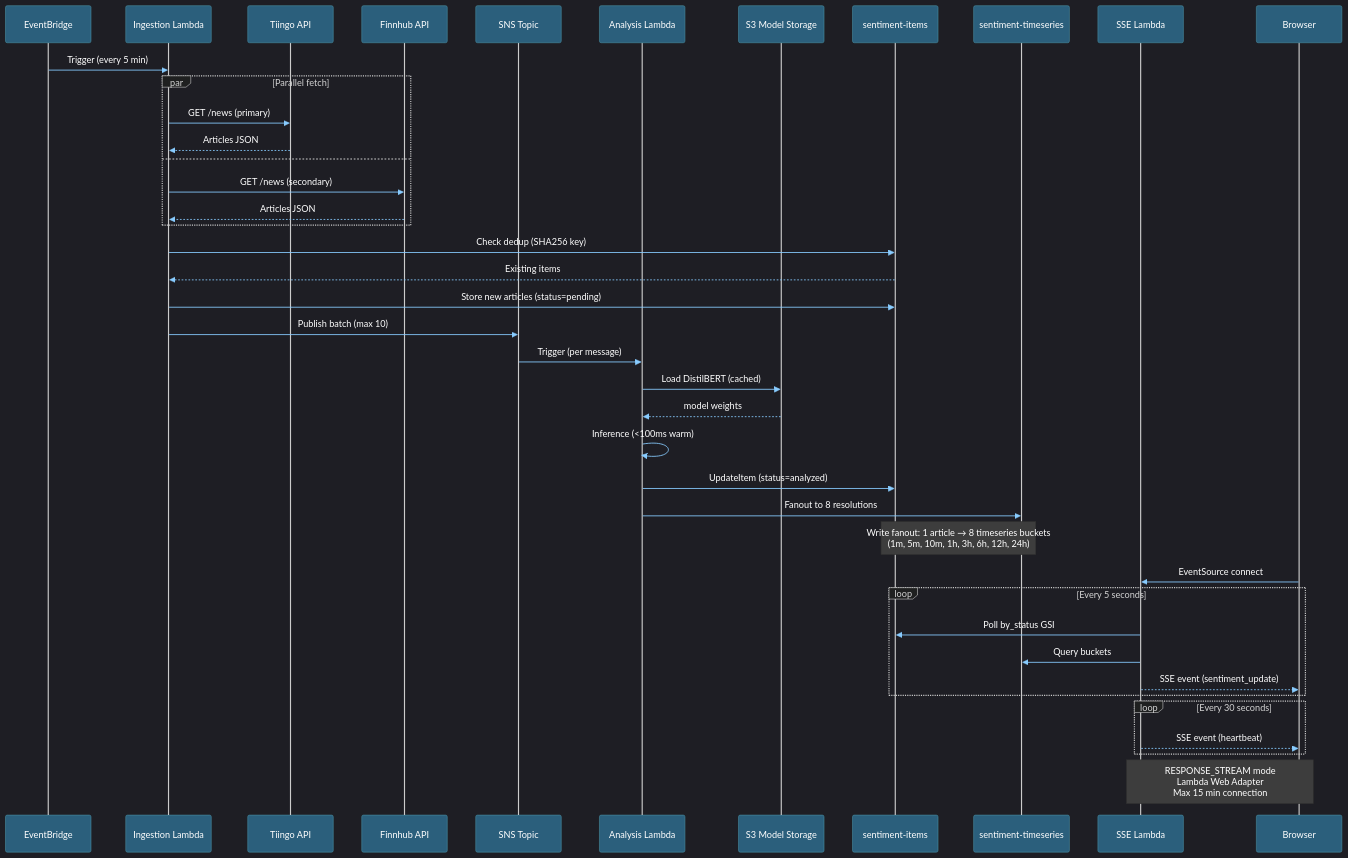
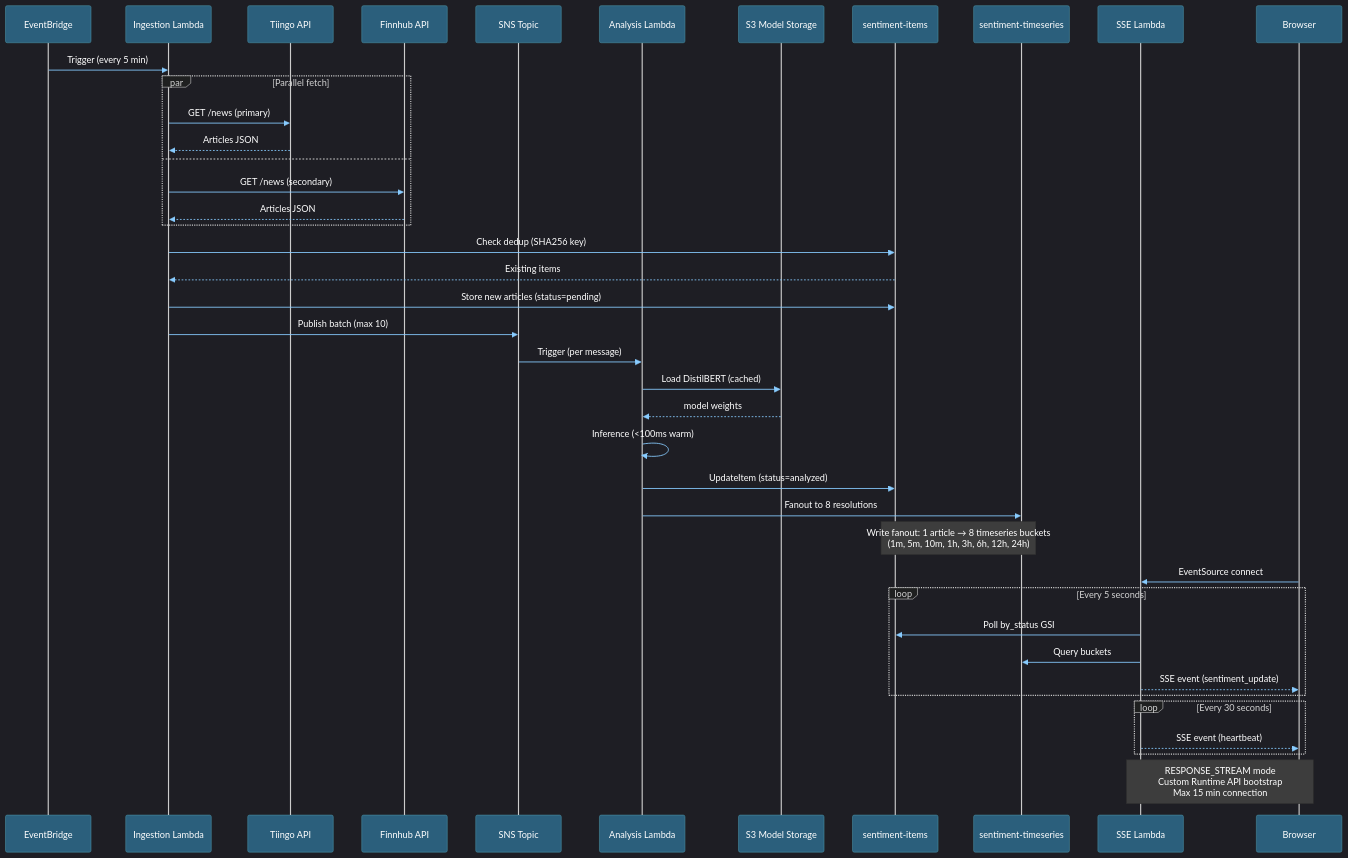
One commit to traylorre/sentiment-analyzer-gsk changed the fourth of 5 diagrams in README.md. Above: the diagram before and after it, drawn with Mermaid. The commit also changed other lines of this file and 354 other files, not shown here.

````diff
--- a/README.md
+++ b/README.md
@@ -378,54 +378,54 @@
 ```mermaid
 %%{init: {"theme": "dark", "themeVariables": {"primaryColor": "#4A90A4", "lineColor": "#88CCFF", "primaryTextColor": "#FFFFFF", "actorTextColor": "#FFFFFF", "actorBkg": "#2B5F7C", "actorBorder": "#4A90A4", "signalColor": "#88CCFF", "signalTextColor": "#FFFFFF", "noteBkgColor": "#3D3D3D", "noteTextColor": "#FFFFFF", "activationBkgColor": "#2d2d2d"}}}%%
 sequenceDiagram
     participant EB as EventBridge
     participant Ing as Ingestion Lambda
     participant Tiingo as Tiingo API
     participant Finnhub as Finnhub API
     participant SNS as SNS Topic
     participant Ana as Analysis Lambda
     participant S3 as S3 Model Storage
     participant Items as sentiment-items
     participant TS as sentiment-timeseries
     participant SSE as SSE Lambda
     participant User as Browser
 
     EB->>Ing: Trigger (every 5 min)
 
     par Parallel fetch
         Ing->>Tiingo: GET /news (primary)
         Tiingo-->>Ing: Articles JSON
     and
         Ing->>Finnhub: GET /news (secondary)
         Finnhub-->>Ing: Articles JSON
     end
 
     Ing->>Items: Check dedup (SHA256 key)
     Items-->>Ing: Existing items
 
     Ing->>Items: Store new articles (status=pending)
     Ing->>SNS: Publish batch (max 10)
 
     SNS->>Ana: Trigger (per message)
     Ana->>S3: Load DistilBERT (cached)
     S3-->>Ana: model weights
     Ana->>Ana: Inference (<100ms warm)
     Ana->>Items: UpdateItem (status=analyzed)
     Ana->>TS: Fanout to 8 resolutions
 
     Note over Items,TS: Write fanout: 1 article → 8 timeseries buckets<br/>(1m, 5m, 10m, 1h, 3h, 6h, 12h, 24h)
 
     User->>SSE: EventSource connect
 
     loop Every 5 seconds
         SSE->>Items: Poll by_status GSI
         SSE->>TS: Query buckets
         SSE-->>User: SSE event (sentiment_update)
     end
 
     loop Every 30 seconds
         SSE-->>User: SSE event (heartbeat)
     end
 
-    Note over SSE,User: RESPONSE_STREAM mode<br/>Lambda Web Adapter<br/>Max 15 min connection
+    Note over SSE,User: RESPONSE_STREAM mode<br/>Custom Runtime API bootstrap<br/>Max 15 min connection
 ```
````
